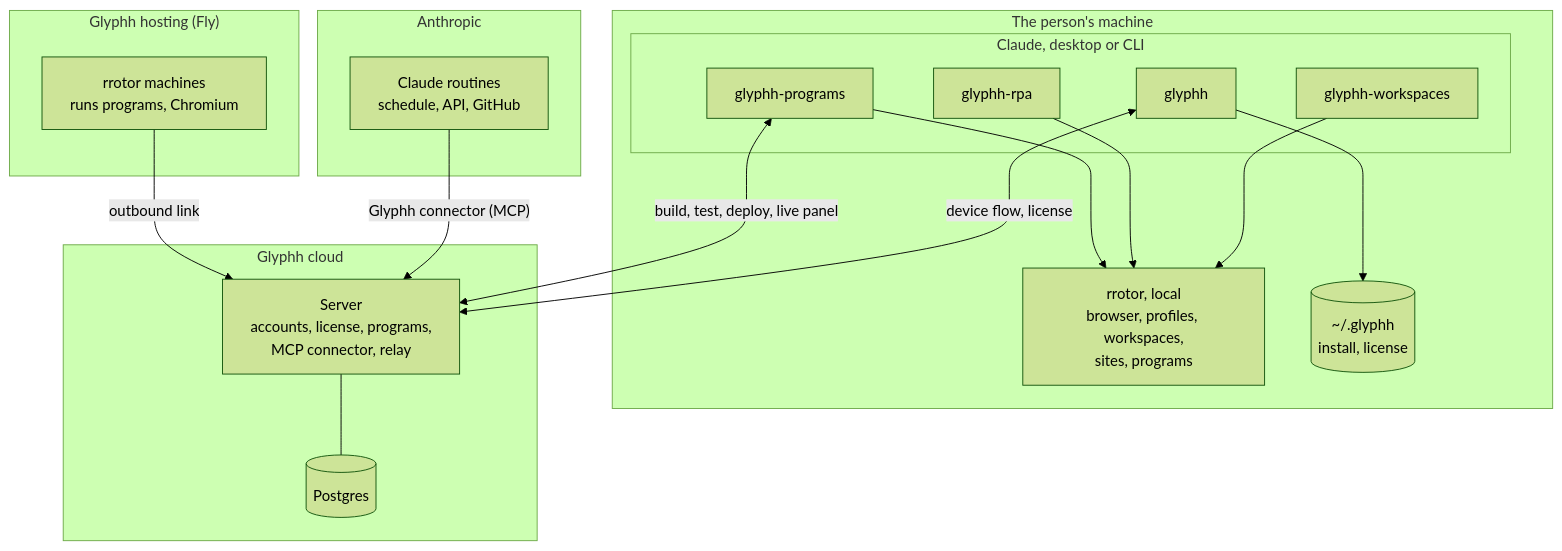
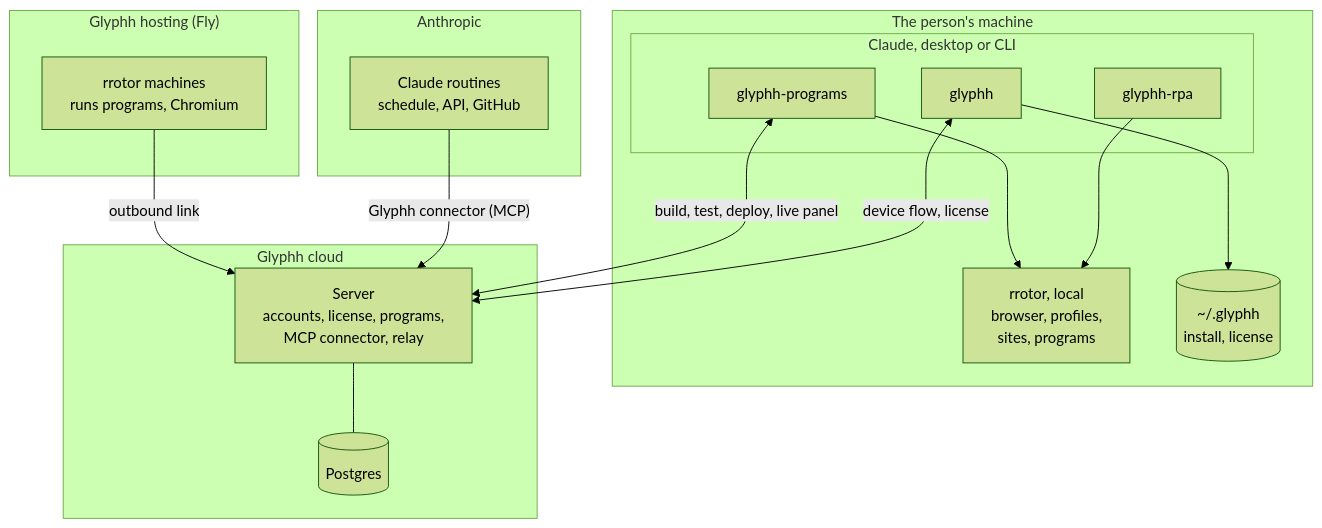
Before and after one commit to glyphh-ai/server: the first of 2 diagrams in docs/architecture.md, drawn with Mermaid (forest theme). The commit also changed other lines of this file and 33 other files, not shown here.

````diff
--- a/docs/architecture.md
+++ b/docs/architecture.md
@@ -51,36 +50,34 @@
 ```mermaid
 flowchart TB
     subgraph Machine["The person's machine"]
         subgraph Claude["Claude, desktop or CLI"]
             Base["glyphh"]
-            WS["glyphh-workspaces"]
             RPA["glyphh-rpa"]
             PR["glyphh-programs"]
         end
-        LocalRotor["rrotor, local<br/>browser, profiles, workspaces,<br/>sites, programs"]
+        LocalRotor["rrotor, local<br/>browser, profiles,<br/>sites, programs"]
         Local[("~/.glyphh<br/>install, license")]
-        WS --> LocalRotor
         RPA --> LocalRotor
         PR --> LocalRotor
         Base --> Local
     end
 
     subgraph Anthropic["Anthropic"]
         Routine["Claude routines<br/>schedule, API, GitHub"]
     end
 
     subgraph Cloud["Glyphh cloud"]
         API["Server<br/>accounts, license, programs,<br/>MCP connector, relay"]
         DB[("Postgres")]
         API --- DB
     end
 
     subgraph Fly["Glyphh hosting (Fly)"]
         Rotor["rrotor machines<br/>runs programs, Chromium"]
     end
 
     Base <-- "device flow, license" --> API
     PR <-- "build, test, deploy, live panel" --> API
     Routine -- "Glyphh connector (MCP)" --> API
     Rotor -- "outbound link" --> API
 ```
````
